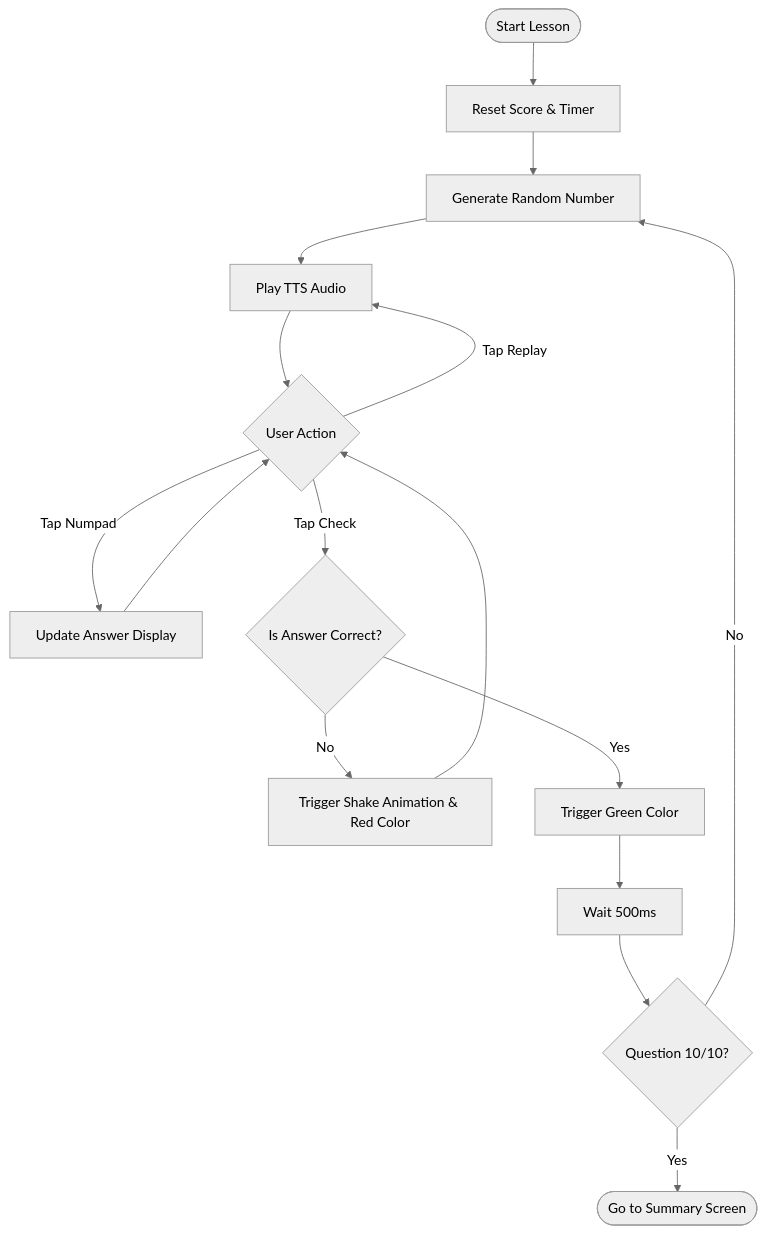
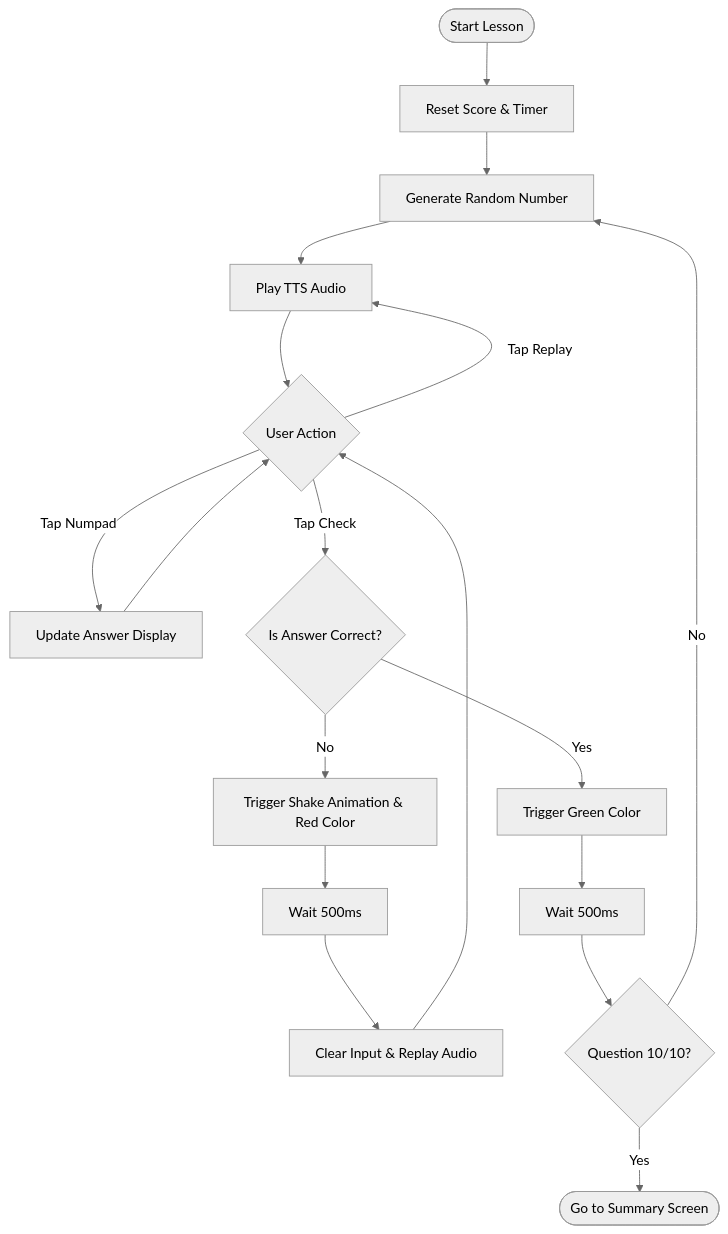
One commit to SergeyVlSorokin/Siffermastare changed the second of 2 diagrams in docs/front-end-spec.md. Above: the diagram before and after it, drawn with Mermaid (neutral theme). The commit also changed other lines of this file and 8 other files, not shown here.

````diff
--- a/docs/front-end-spec.md
+++ b/docs/front-end-spec.md
@@ -67,23 +67,25 @@
 ```mermaid
 graph TD
     Start([Start Lesson]) --> Init[Reset Score & Timer]
     Init --> GenNum[Generate Random Number]
     GenNum --> PlayAudio[Play TTS Audio]
     PlayAudio --> Input{User Action}
     
     Input -->|Tap Replay| PlayAudio
     Input -->|Tap Numpad| UpdateDisplay[Update Answer Display]
     UpdateDisplay --> Input
     
     Input -->|Tap Check| Validate{Is Answer Correct?}
     
     Validate -->|No| ErrorAnim[Trigger Shake Animation & Red Color]
-    ErrorAnim --> Input
+    ErrorAnim --> DelayErr[Wait 500ms]
+    DelayErr --> Clear[Clear Input & Replay Audio]
+    Clear --> Input
     
     Validate -->|Yes| SuccessAnim[Trigger Green Color]
     SuccessAnim --> Delay[Wait 500ms]
     Delay --> CheckCount{Question 10/10?}
     
     CheckCount -->|No| GenNum
     CheckCount -->|Yes| Summary([Go to Summary Screen])
 ```
````
